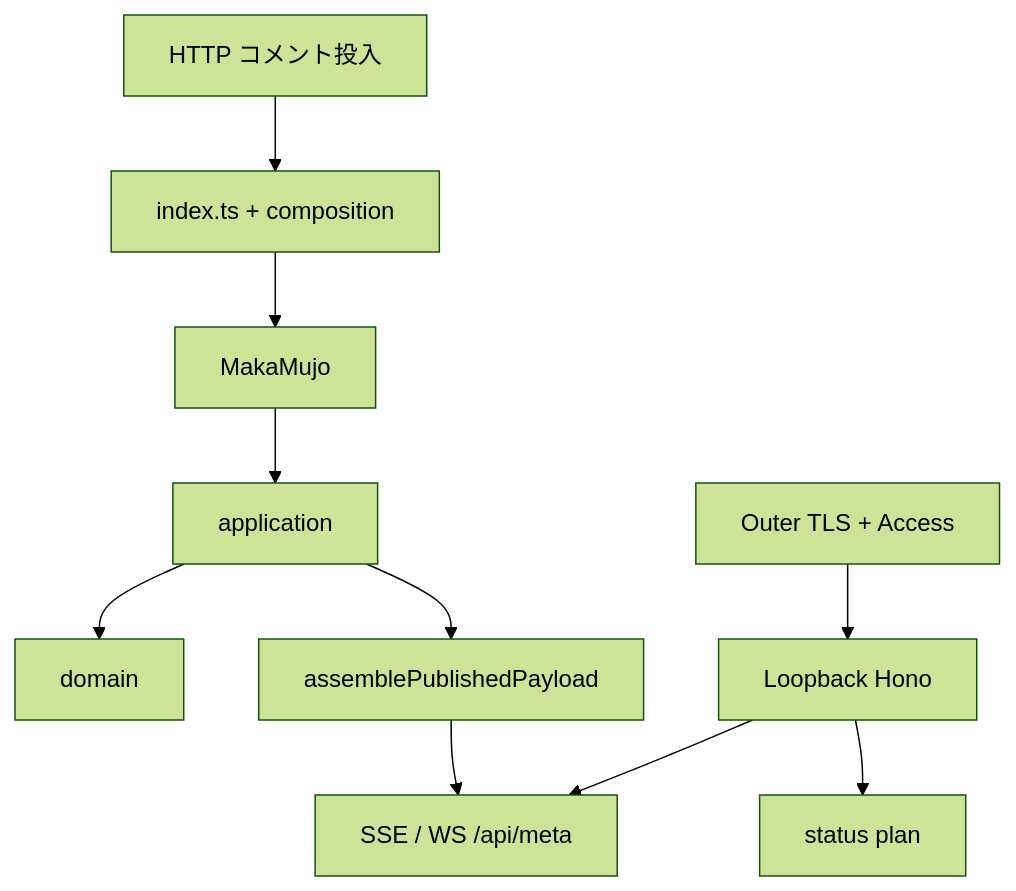
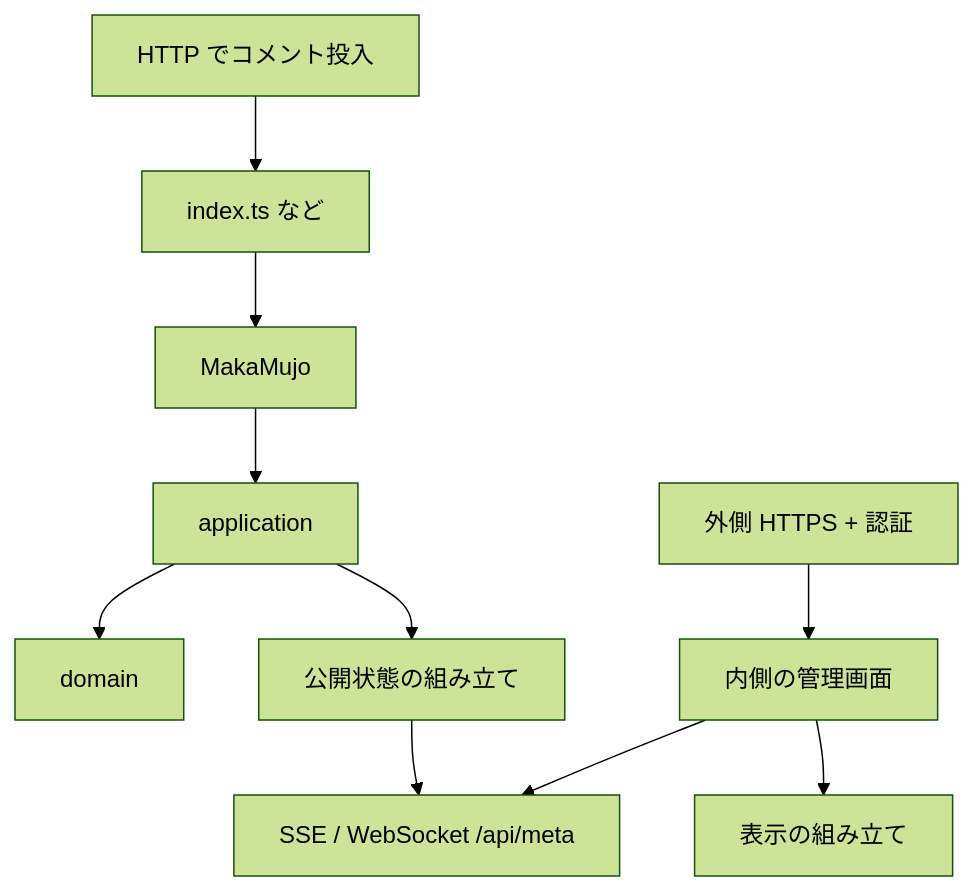
The second of 2 diagrams in architecture/overview.md (nahcnuj/makamujo), drawn with Mermaid (forest theme) before and after one commit. The commit also changed other lines of this file and 3 other files, not shown here.

Commit message:
docs(architecture): use plain language instead of BC jargon

````diff
--- a/architecture/overview.md
+++ b/architecture/overview.md
@@ -153,12 +157,12 @@
 ```mermaid
 flowchart TB
-  HTTP["HTTP コメント投入"] --> Root["index.ts + composition"]
+  HTTP["HTTP でコメント投入"] --> Root["index.ts など"]
   Root --> Facade["MakaMujo"]
   Facade --> App["application"]
   App --> Dom["domain"]
-  App --> Pub["assemblePublishedPayload"]
-  Pub --> Out["SSE / WS /api/meta"]
-  Outer["Outer TLS + Access"] --> Loop["Loopback Hono"]
+  App --> Pub["公開状態の組み立て"]
+  Pub --> Out["SSE / WebSocket /api/meta"]
+  Outer["外側 HTTPS + 認証"] --> Loop["内側の管理画面"]
   Loop --> Out
-  Loop --> Plan["status plan"]
+  Loop --> Plan["表示の組み立て"]
 ```
````
